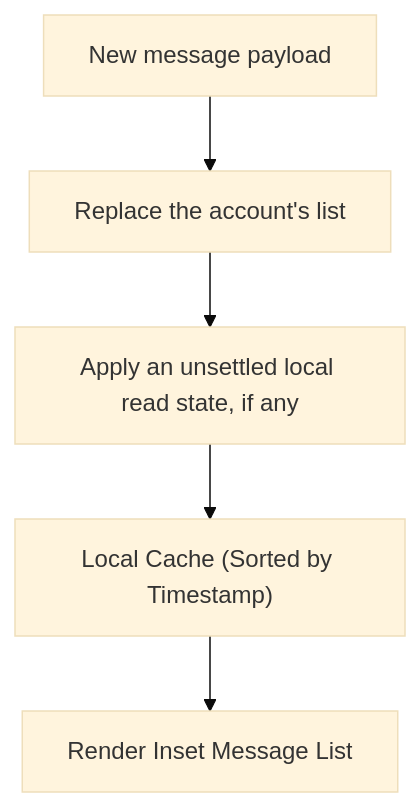
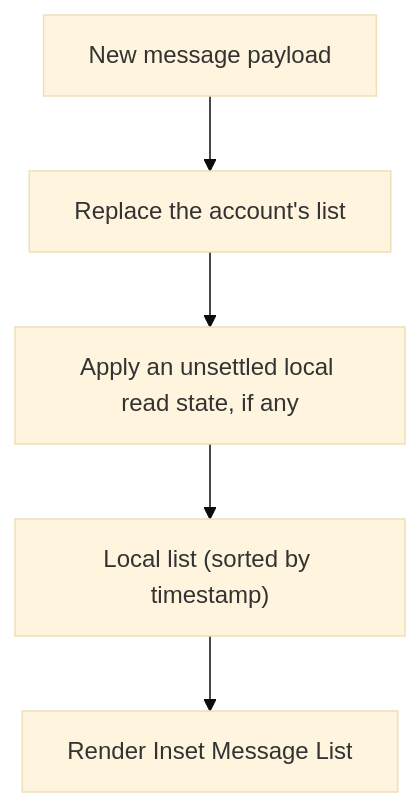
Before and after one commit to alxhslm/magic-apps: the second of 2 diagrams in docs/magimail/menu-bar.md, drawn with Mermaid (base theme). The commit also changed other lines of this file and 26 other files, not shown here.

Commit message:
fix(magimail): reconcile Atom feed and local cache via UnreadLedger (#32)

````diff
--- a/docs/magimail/menu-bar.md
+++ b/docs/magimail/menu-bar.md
@@ -137,7 +135,7 @@
 ```mermaid
 flowchart TD
     Push["New message payload"] --> Replace["Replace the account's list"]
     Replace --> Local["Apply an unsettled local read state, if any"]
-    Local --> Cache["Local Cache (Sorted by Timestamp)"]
-    Cache --> Popover["Render Inset Message List"]
+    Local --> List["Local list (sorted by timestamp)"]
+    List --> Popover["Render Inset Message List"]
 ```
````
